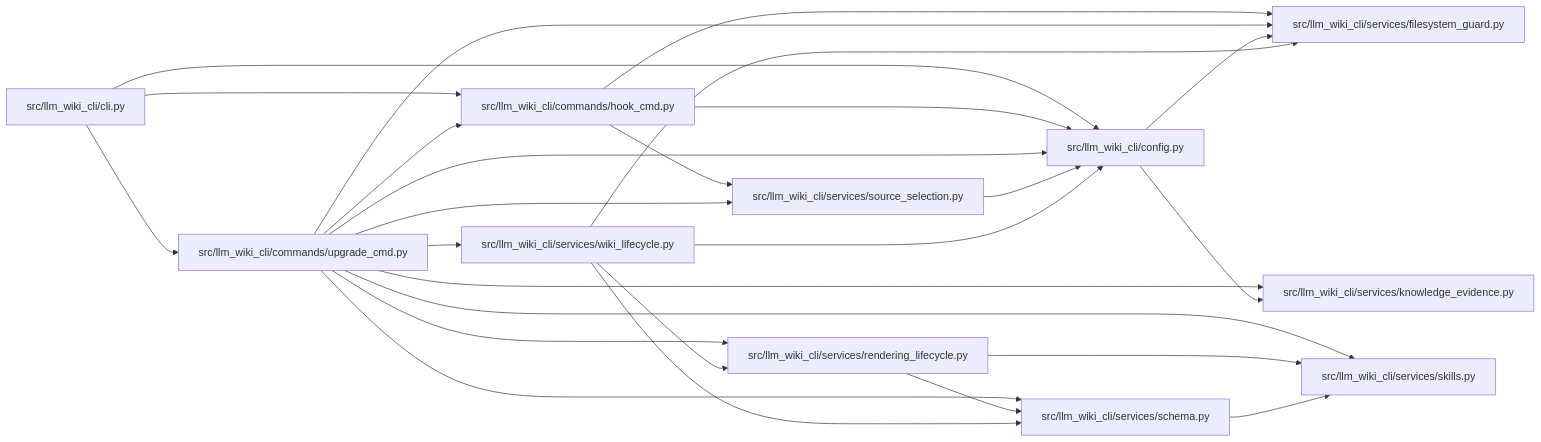
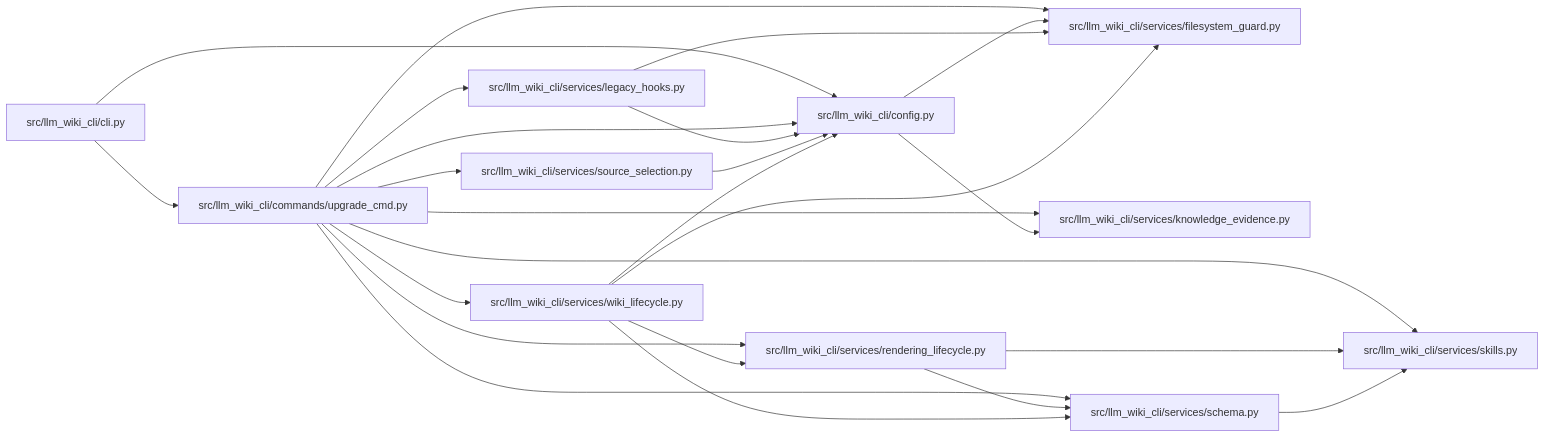
One commit to Denissvgn/python-wiki-llm changed the diagram in docs/llm_wiki/modules/upgrade_cmd.md. Above: the diagram before and after it, drawn with Mermaid. The commit also changed other lines of this file and 35 other files, not shown here.

Commit message:
docs: refresh wiki after Git hook retirement

````diff
--- a/docs/llm_wiki/modules/upgrade_cmd.md
+++ b/docs/llm_wiki/modules/upgrade_cmd.md
@@ -39,50 +39,48 @@
 ```mermaid
 flowchart LR
     n0["src/llm_wiki_cli/cli.py"]
-    n1["src/llm_wiki_cli/commands/hook_cmd.py"]
-    n2["src/llm_wiki_cli/commands/upgrade_cmd.py"]
-    n3["src/llm_wiki_cli/config.py"]
-    n4["src/llm_wiki_cli/services/filesystem_guard.py"]
-    n5["src/llm_wiki_cli/services/knowledge_evidence.py"]
+    n1["src/llm_wiki_cli/commands/upgrade_cmd.py"]
+    n2["src/llm_wiki_cli/config.py"]
+    n3["src/llm_wiki_cli/services/filesystem_guard.py"]
+    n4["src/llm_wiki_cli/services/knowledge_evidence.py"]
+    n5["src/llm_wiki_cli/services/legacy_hooks.py"]
     n6["src/llm_wiki_cli/services/rendering_lifecycle.py"]
     n7["src/llm_wiki_cli/services/schema.py"]
     n8["src/llm_wiki_cli/services/skills.py"]
     n9["src/llm_wiki_cli/services/source_selection.py"]
     n10["src/llm_wiki_cli/services/wiki_lifecycle.py"]
     n0 --> n1
     n0 --> n2
-    n0 --> n3
+    n1 --> n2
     n1 --> n3
     n1 --> n4
+    n1 --> n5
+    n1 --> n6
+    n1 --> n7
+    n1 --> n8
     n1 --> n9
-    n2 --> n1
+    n1 --> n10
     n2 --> n3
     n2 --> n4
-    n2 --> n5
-    n2 --> n6
-    n2 --> n7
-    n2 --> n8
-    n2 --> n9
-    n2 --> n10
-    n3 --> n4
-    n3 --> n5
+    n5 --> n2
+    n5 --> n3
     n6 --> n7
     n6 --> n8
     n7 --> n8
-    n9 --> n3
+    n9 --> n2
+    n10 --> n2
     n10 --> n3
-    n10 --> n4
     n10 --> n6
     n10 --> n7
     click n0 "../modules/cli.md"
-    click n1 "../modules/hook_cmd.md"
-    click n2 "../modules/upgrade_cmd.md"
-    click n3 "../modules/config.md"
-    click n4 "../modules/filesystem_guard.md"
-    click n5 "../modules/knowledge_evidence.md"
+    click n1 "../modules/upgrade_cmd.md"
+    click n2 "../modules/config.md"
+    click n3 "../modules/filesystem_guard.md"
+    click n4 "../modules/knowledge_evidence.md"
+    click n5 "../modules/legacy_hooks.md"
     click n6 "../modules/rendering_lifecycle.md"
     click n7 "../modules/services_schema.md"
     click n8 "../modules/skills.md"
     click n9 "../modules/source_selection.md"
     click n10 "../modules/wiki_lifecycle.md"
 ```
````
